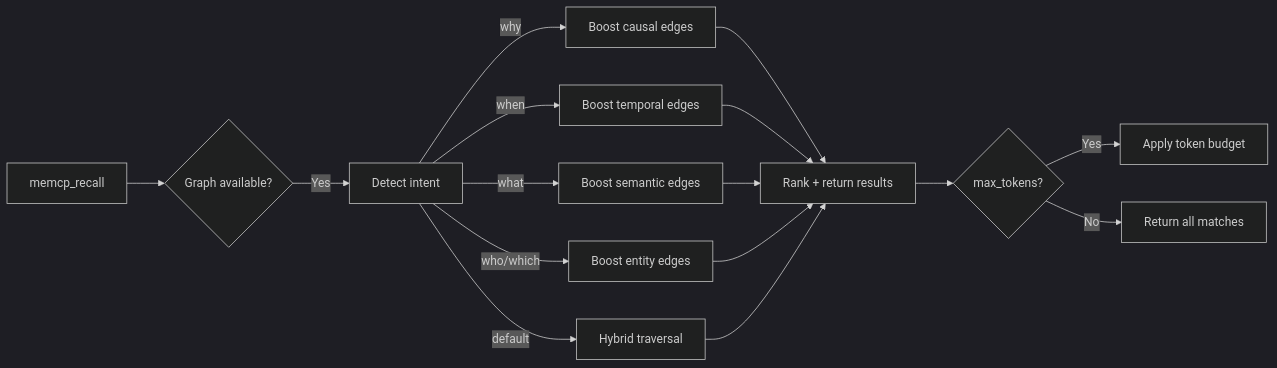
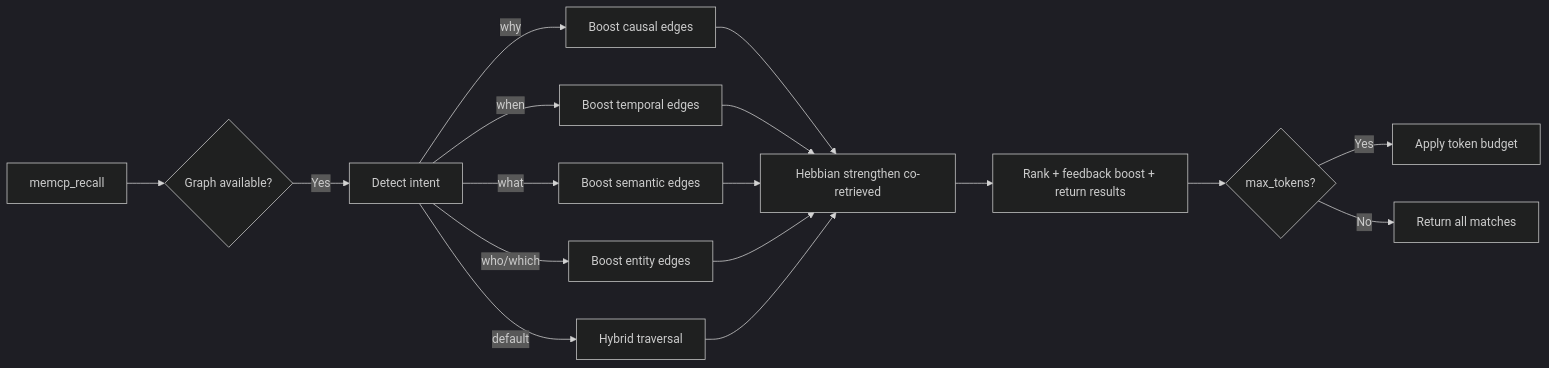
One commit to jeffborden/memcp-public changed the third of 7 diagrams in docs/ARCHITECTURE.md. Above: the diagram before and after it, drawn with Mermaid (dark theme). The commit also changed other lines of this file and 8 other files, not shown here.

````diff
--- a/docs/ARCHITECTURE.md
+++ b/docs/ARCHITECTURE.md
@@ -72,14 +72,15 @@
 ```mermaid
 flowchart LR
     A[memcp_recall] --> B{Graph available?}
     B -->|Yes| D[Detect intent]
     D -->|why| E[Boost causal edges]
     D -->|when| F[Boost temporal edges]
     D -->|what| G[Boost semantic edges]
     D -->|who/which| H[Boost entity edges]
     D -->|default| I[Hybrid traversal]
-    E & F & G & H & I --> J[Rank + return results]
+    E & F & G & H & I --> HEB[Hebbian strengthen co-retrieved]
+    HEB --> J[Rank + feedback boost + return results]
     J --> K{max_tokens?}
     K -->|Yes| L[Apply token budget]
     K -->|No| M[Return all matches]
 ```
````
